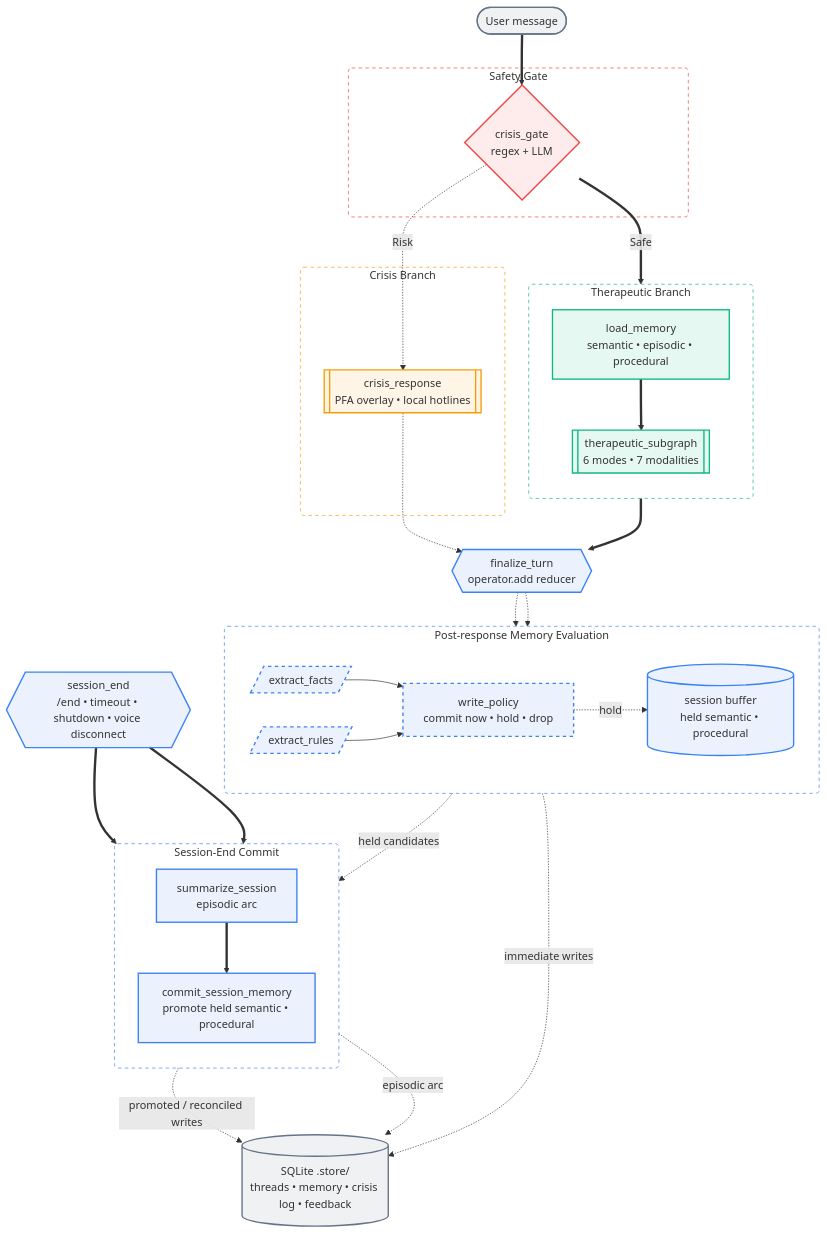
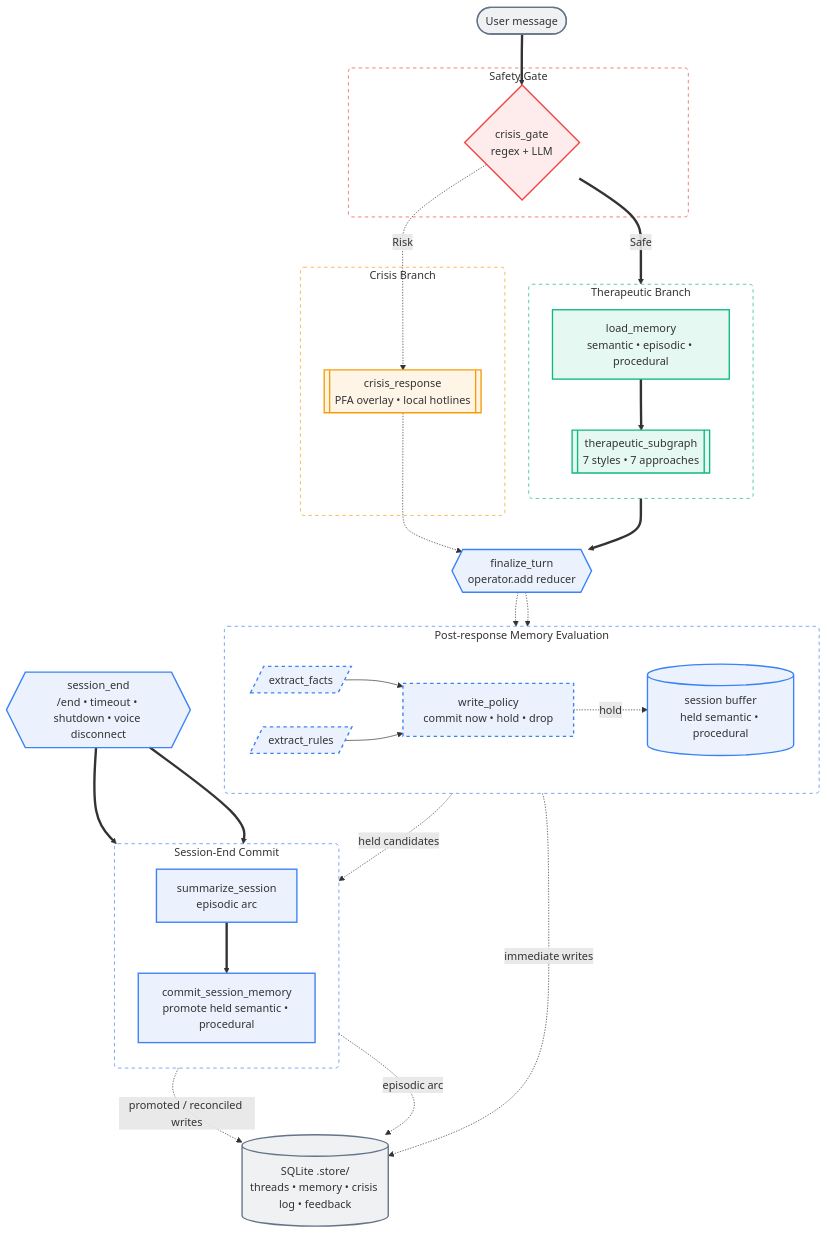
One commit to whanyu1212/OpenCouch changed the diagram in README.md. Above: the diagram before and after it, drawn with Mermaid. The commit also changed other lines of this file and 2 other files, not shown here.

````diff
--- a/README.md
+++ b/README.md
@@ -151,74 +151,74 @@
 ```mermaid
 flowchart TD
     %% Define Node Styles (Tinted for Light/Dark Mode)
     classDef inputNode fill:#64748B1A,stroke:#64748B,stroke-width:2px
     classDef gateNode fill:#EF44441A,stroke:#EF4444,stroke-width:2px
     classDef safeNode fill:#10B9811A,stroke:#10B981,stroke-width:2px
     classDef riskNode fill:#F59E0B1A,stroke:#F59E0B,stroke-width:2px
     classDef sysNode fill:#3B82F61A,stroke:#3B82F6,stroke-width:2px
     classDef bgTask fill:#3B82F61A,stroke:#3B82F6,stroke-width:2px,stroke-dasharray: 5 5
     classDef dbNode fill:#64748B1A,stroke:#64748B,stroke-width:2px
 
     IN(["User message"]):::inputNode
 
     subgraph GATE ["Safety Gate"]
         CG{"crisis_gate<br/>regex + LLM"}:::gateNode
     end
 
     subgraph SAFE ["Therapeutic Branch"]
         direction TB
         LM["load_memory<br/>semantic • episodic • procedural"]:::safeNode
-        TS[["therapeutic_subgraph<br/>6 modes • 7 modalities"]]:::safeNode
+        TS[["therapeutic_subgraph<br/>7 styles • 7 approaches"]]:::safeNode
         LM ==> TS
     end
 
     subgraph RISK ["Crisis Branch"]
         CR[["crisis_response<br/>PFA overlay • local hotlines"]]:::riskNode
     end
 
     FT{{"finalize_turn<br/>operator.add reducer"}}:::sysNode
 
     subgraph POST ["Post-response Memory Evaluation"]
         direction LR
         EF[/"extract_facts"/]:::bgTask
         EP[/"extract_rules"/]:::bgTask
         PW["write_policy<br/>commit now • hold • drop"]:::bgTask
         SB[("session buffer<br/>held semantic • procedural")]:::sysNode
         EF --> PW
         EP --> PW
         PW -.->|hold| SB
     end
 
     SE{{"session_end<br/>/end • timeout • shutdown • voice disconnect"}}:::sysNode
 
     subgraph SESSION ["Session-End Commit"]
         direction TB
         SS["summarize_session<br/>episodic arc"]:::sysNode
         CM["commit_session_memory<br/>promote held semantic • procedural"]:::sysNode
         SS ==> CM
     end
 
     DB[("SQLite .store/<br/>threads • memory • crisis log • feedback")]:::dbNode
 
     %% Logic Flows
     IN ==> CG
     CG ==>|Safe| LM
     CG -.->|Risk| CR
     TS ==> FT
     CR -.-> FT
     FT -.-> EF
     FT -.-> EP
     PW -.->|immediate writes| DB
     SB -.->|held candidates| CM
     SE ==> SS
     SE ==> CM
     CM -.->|promoted / reconciled writes| DB
     SS -.->|episodic arc| DB
 
     %% Subgraph Styling (Removes default gray background)
     style GATE fill:none,stroke:#EF4444,stroke-width:1px,stroke-dasharray: 5 5,rx:5,ry:5
     style SAFE fill:none,stroke:#10B981,stroke-width:1px,stroke-dasharray: 5 5,rx:5,ry:5
     style RISK fill:none,stroke:#F59E0B,stroke-width:1px,stroke-dasharray: 5 5,rx:5,ry:5
     style POST fill:none,stroke:#3B82F6,stroke-width:1px,stroke-dasharray: 5 5,rx:5,ry:5
     style SESSION fill:none,stroke:#3B82F6,stroke-width:1px,stroke-dasharray: 5 5,rx:5,ry:5
 ```
````
